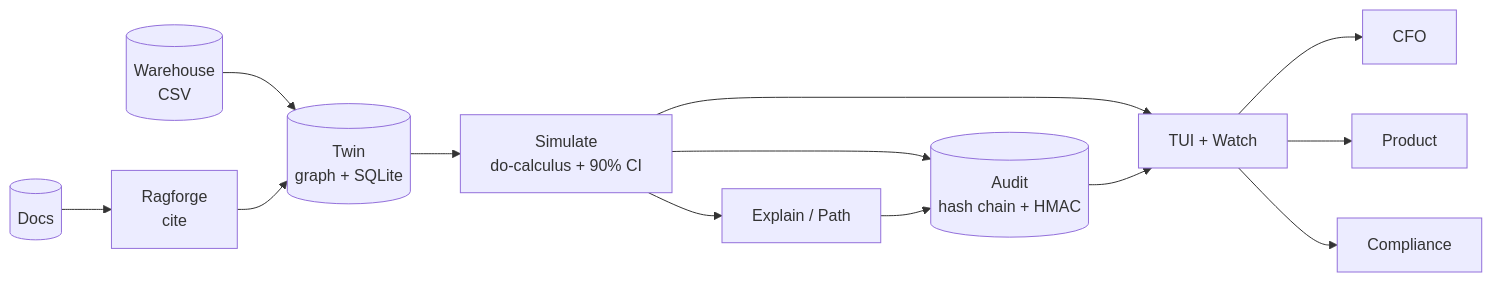
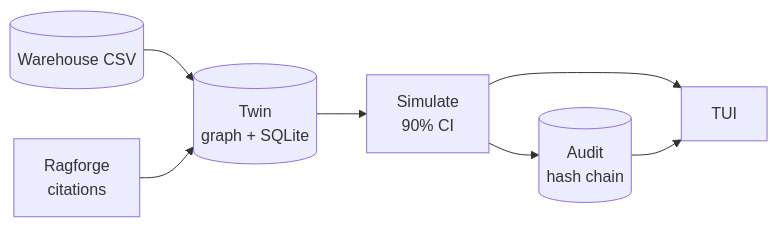
Before and after one commit to harshaaaaw/Causala: the diagram in README.md, drawn with Mermaid. The commit also changed other lines of this file, not shown here.

````diff
--- a/README.md
+++ b/README.md
@@ -158,15 +104,9 @@
 ```mermaid
 graph LR
-  CSV[(Warehouse<br/>CSV)] --> Twin[(Twin<br/>graph + SQLite)]
-  Docs[(Docs)] --> Ragforge[Ragforge<br/>cite]
-  Ragforge --> Twin
-  Twin --> Sim[Simulate<br/>do-calculus + 90% CI]
-  Sim --> Audit[(Audit<br/>hash chain + HMAC)]
-  Sim --> Explain[Explain / Path]
-  Explain --> Audit
-  Sim --> TUI[TUI + Watch]
+  CSV[(Warehouse CSV)] --> Twin[(Twin<br/>graph + SQLite)]
+  Ragforge[Ragforge<br/>citations] --> Twin
+  Twin --> Sim[Simulate<br/>90% CI]
+  Sim --> Audit[(Audit<br/>hash chain)]
+  Sim --> TUI[TUI]
   Audit --> TUI
-  TUI --> CFO[CFO]
-  TUI --> PM[Product]
-  TUI --> Comp[Compliance]
 ```
````
